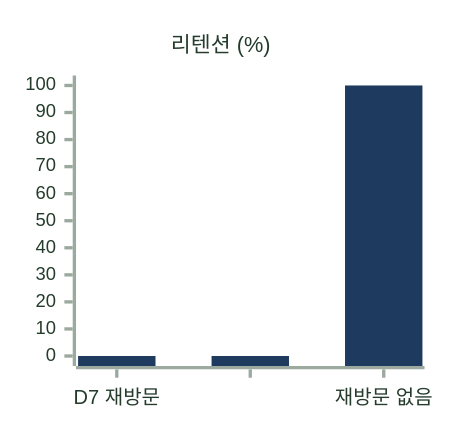
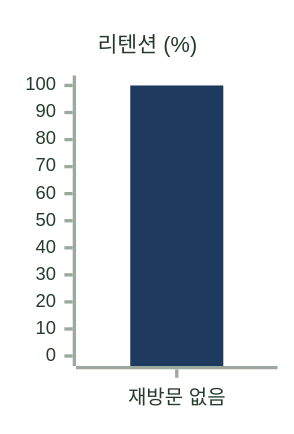
One commit to KIM-N-KANG/knk-harness changed the fifth of 16 diagrams in docs/AI/CHAT/6-4-AI-EVALUATION-METHOD.md. Above: the diagram before and after it, drawn with Mermaid. The commit also changed other lines of this file, not shown here.

````diff
--- a/docs/AI/CHAT/6-4-AI-EVALUATION-METHOD.md
+++ b/docs/AI/CHAT/6-4-AI-EVALUATION-METHOD.md
@@ -115,8 +115,8 @@
 ```mermaid
-%%{init: {"theme": "base", "xyChart": {"width": 244, "height": 240, "titleFontSize": 13, "xAxis": {"labelFontSize": 12}, "yAxis": {"labelFontSize": 11, "showTitle": false}}, "themeVariables": {"xyChart": {"backgroundColor": "#FFFFFF", "titleColor": "#253C2C", "xAxisLabelColor": "#253C2C", "xAxisLineColor": "#9BA99E", "xAxisTickColor": "#9BA99E", "yAxisLabelColor": "#253C2C", "yAxisLineColor": "#9BA99E", "yAxisTickColor": "#9BA99E", "plotColorPalette": "#1F3A5F"}}}}%%
+%%{init: {"theme": "base", "xyChart": {"width": 156, "height": 240, "titleFontSize": 13, "xAxis": {"labelFontSize": 12}, "yAxis": {"labelFontSize": 11, "showTitle": false}}, "themeVariables": {"xyChart": {"backgroundColor": "#FFFFFF", "titleColor": "#253C2C", "xAxisLabelColor": "#253C2C", "xAxisLineColor": "#9BA99E", "xAxisTickColor": "#9BA99E", "yAxisLabelColor": "#253C2C", "yAxisLineColor": "#9BA99E", "yAxisTickColor": "#9BA99E", "plotColorPalette": "#1F3A5F"}}}}%%
 xychart-beta
     title "리텐션 (%)"
-    x-axis ["D7 재방문", " ", "재방문 없음"]
+    x-axis ["재방문 없음"]
     y-axis 0 --> 100
-    bar [0, 0, 100]
+    bar [100]
 ```
````
